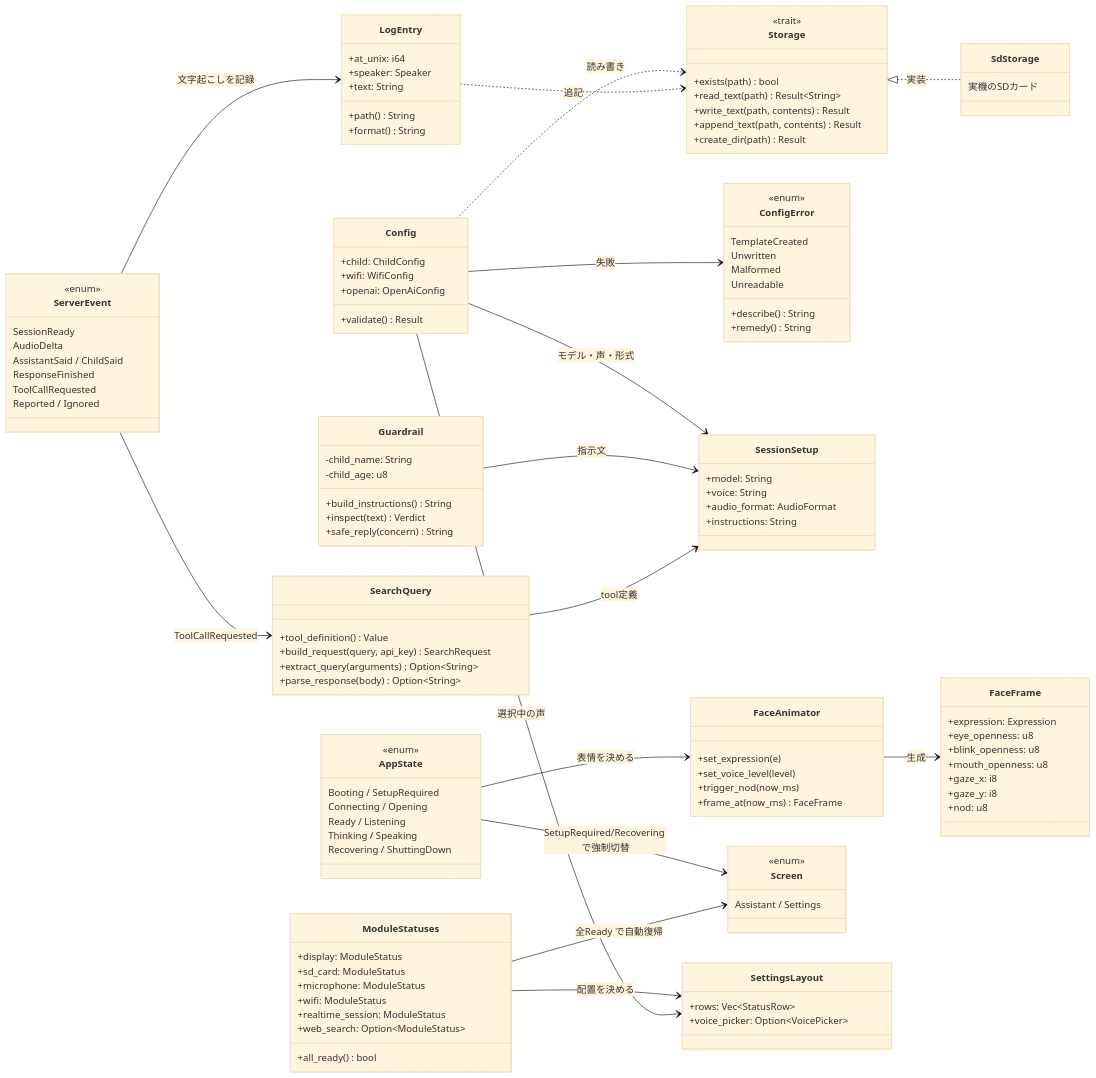
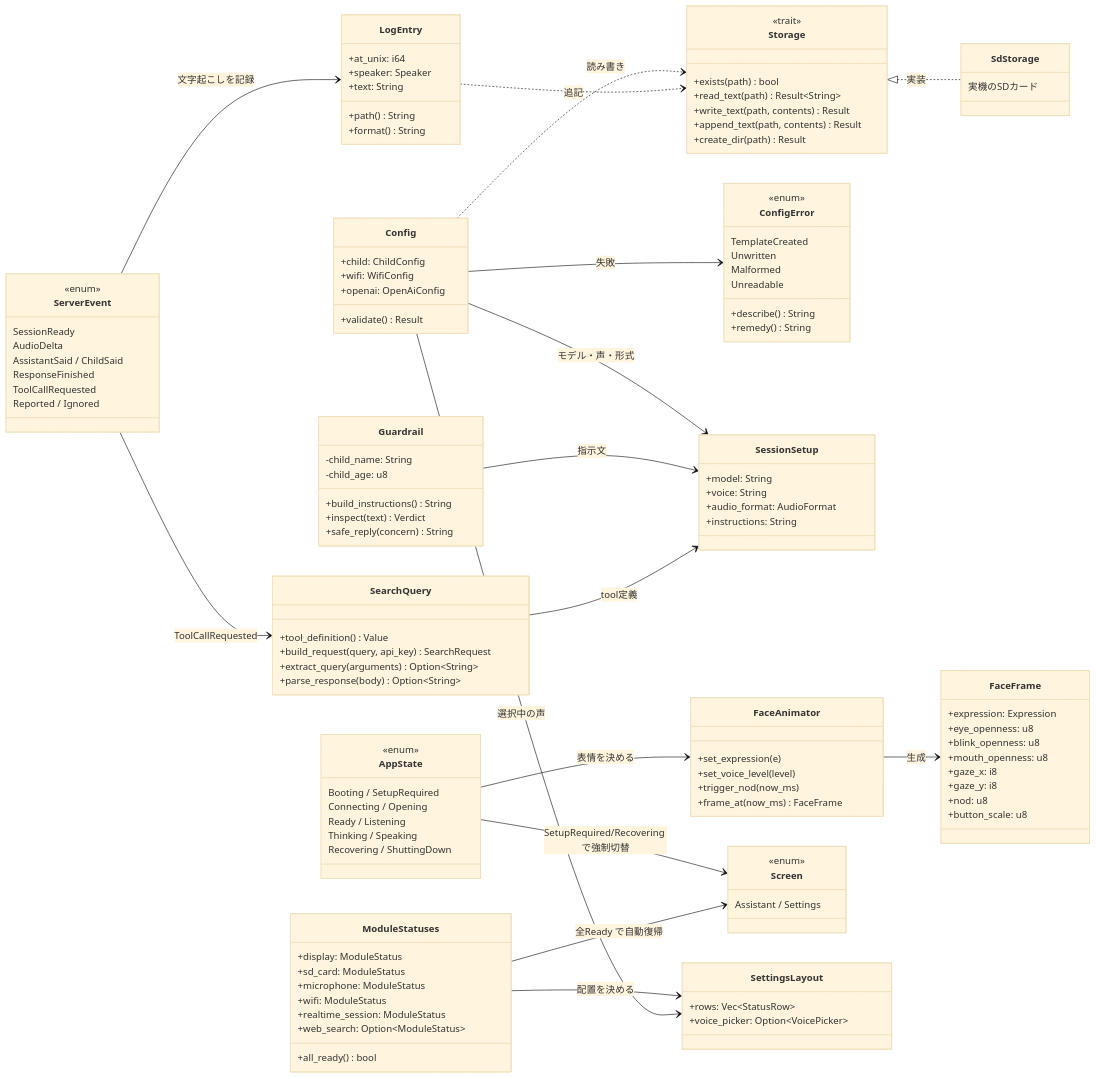
One commit to kibou-vision/m5a changed the second of 2 diagrams in docs/design/architecture.md. Above: the diagram before and after it, drawn with Mermaid (base theme). The commit also changed 3 other files, not shown here.

```diff
--- a/docs/design/architecture.md
+++ b/docs/design/architecture.md
@@ -115,6 +115,7 @@
     +gaze_x: i8
     +gaze_y: i8
     +nod: u8
+    +button_scale: u8
   }
 
   class Screen {
```
